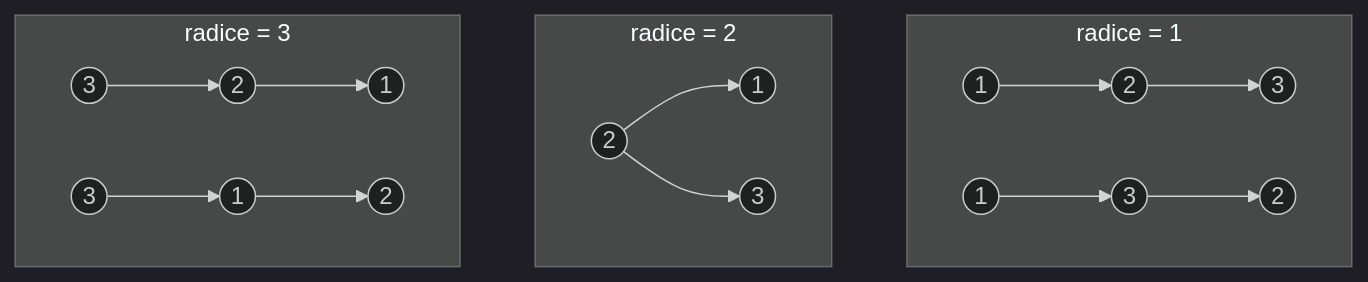
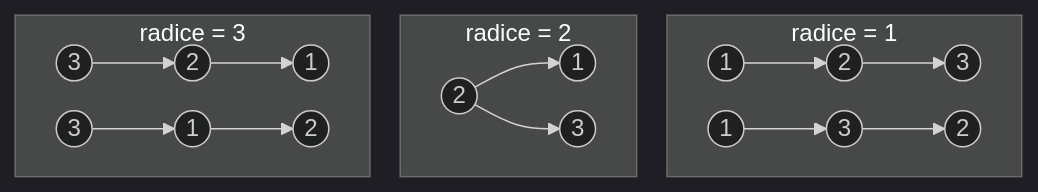
Before and after one commit to matteogiorgi/geonote: the first of 2 diagrams in problema_bst.md, drawn with Mermaid (dark theme).

Commit message:
fix: add mermaid initialization for flowchart in problema_bst.md

````diff
--- a/problema_bst.md
+++ b/problema_bst.md
@@ -7,19 +7,20 @@
 ```mermaid
+%%{init: {"flowchart": {"nodeSpacing": 20, "rankSpacing": 30}}}%%
 flowchart TD
     subgraph R1["radice = 1"]
         a1((1)) --> a2((2))
         a2 --> a3((3))
         b1((1)) --> b2((3))
         b2 --> b3((2))
     end
     subgraph R2["radice = 2"]
         c1((2)) --> c2((1))
         c1 --> c3((3))
     end
     subgraph R3["radice = 3"]
         d1((3)) --> d2((2))
         d2 --> d3((1))
         e1((3)) --> e2((1))
         e2 --> e3((2))
     end
 ```
````
